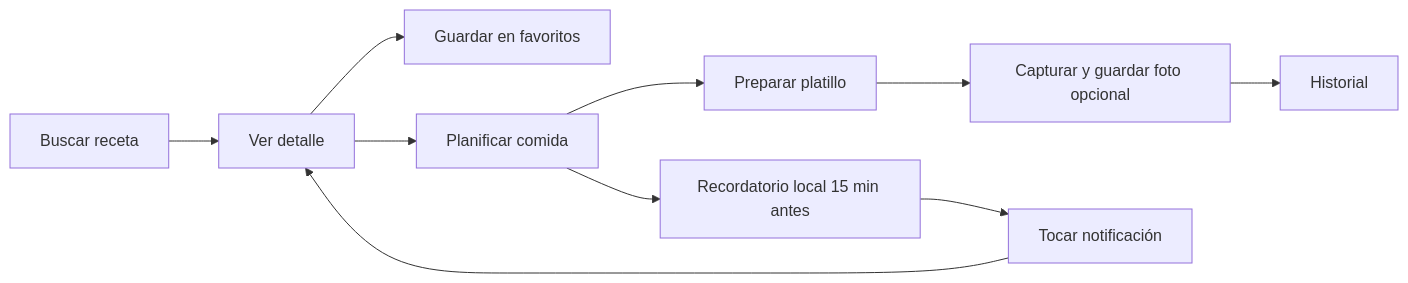
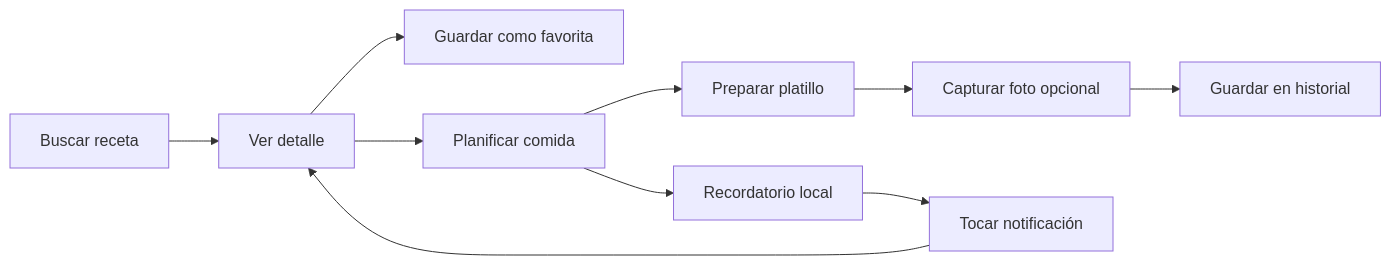
The first of 2 diagrams in README.md (NicoleSL37/FoodPlannerApp), drawn with Mermaid before and after one commit. The commit also changed other lines of this file, not shown here.

````diff
--- a/README.md
+++ b/README.md
@@ -79,12 +64,12 @@
 ```mermaid
 flowchart LR
     A[Buscar receta] --> B[Ver detalle]
-    B --> C[Guardar en favoritos]
+    B --> C[Guardar como favorita]
     B --> D[Planificar comida]
-    D --> E[Recordatorio local 15 min antes]
+    D --> E[Recordatorio local]
     D --> F[Preparar platillo]
-    F --> G[Capturar y guardar foto opcional]
-    G --> H[Historial]
+    F --> G[Capturar foto opcional]
+    G --> H[Guardar en historial]
     E --> I[Tocar notificación]
     I --> B
 ```
````
